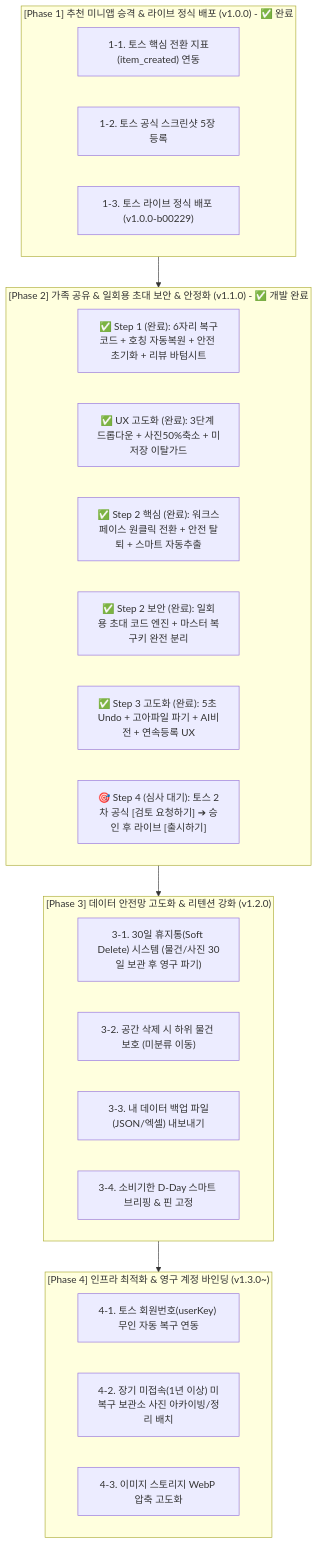
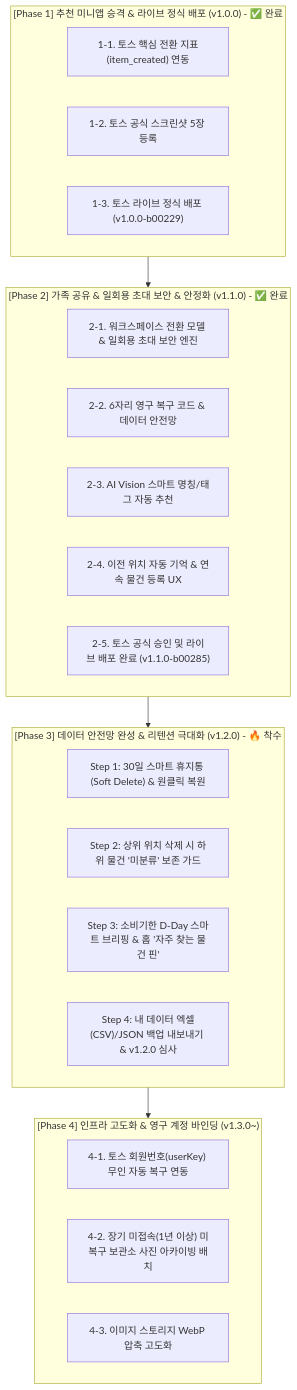
Before and after one commit to tauriqon/where-is-it: the third of 3 diagrams in docs/roadmap_and_summary.md, drawn with Mermaid. The commit also changed other lines of this file, not shown here.

Commit message:
docs: kick off Phase 3 master roadmap for v1.2.0 (v1.1.0-b00285)

````diff
--- a/docs/roadmap_and_summary.md
+++ b/docs/roadmap_and_summary.md
@@ -127,34 +102,33 @@
 ```mermaid
 flowchart TD
     subgraph Phase1["[Phase 1] 추천 미니앱 승격 & 라이브 정식 배포 (v1.0.0) - ✅ 완료"]
         P1_1["1-1. 토스 핵심 전환 지표(item_created) 연동"]
         P1_2["1-2. 토스 공식 스크린샷 5장 등록"]
         P1_3["1-3. 토스 라이브 정식 배포 (v1.0.0-b00229)"]
     end
 
-    subgraph Phase2["[Phase 2] 가족 공유 & 일회용 초대 보안 & 안정화 (v1.1.0) - ✅ 개발 완료"]
-        P2_Step1["✅ Step 1 (완료): 6자리 복구코드 + 호칭 자동복원 + 안전 초기화 + 리뷰 바텀시트"]
-        P2_StepUX["✅ UX 고도화 (완료): 3단계 드롭다운 + 사진50%축소 + 미저장 이탈가드"]
-        P2_Step2["✅ Step 2 핵심 (완료): 워크스페이스 원클릭 전환 + 안전 탈퇴 + 스마트 자동추출"]
-        P2_StepSec["✅ Step 2 보안 (완료): 일회용 초대 코드 엔진 + 마스터 복구키 완전 분리"]
-        P2_Step3["✅ Step 3 고도화 (완료): 5초 Undo + 고아파일 파기 + AI비전 + 연속등록 UX"]
-        P2_Step4["🎯 Step 4 (심사 대기): 토스 2차 공식 [검토 요청하기] ➔ 승인 후 라이브 [출시하기]"]
+    subgraph Phase2["[Phase 2] 가족 공유 & 일회용 초대 보안 & 안정화 (v1.1.0) - ✅ 완료"]
+        P2_1["2-1. 워크스페이스 전환 모델 & 일회용 초대 보안 엔진"]
+        P2_2["2-2. 6자리 영구 복구 코드 & 데이터 안전망"]
+        P2_3["2-3. AI Vision 스마트 명칭/태그 자동 추천"]
+        P2_4["2-4. 이전 위치 자동 기억 & 연속 물건 등록 UX"]
+        P2_5["2-5. 토스 공식 승인 및 라이브 배포 완료 (v1.1.0-b00285)"]
     end
 
-    subgraph Phase3["[Phase 3] 데이터 안전망 고도화 & 리텐션 강화 (v1.2.0)"]
-        P3_1["3-1. 30일 휴지통(Soft Delete) 시스템 (물건/사진 30일 보관 후 영구 파기)"]
-        P3_2["3-2. 공간 삭제 시 하위 물건 보호 (미분류 이동)"]
-        P3_3["3-3. 내 데이터 백업 파일(JSON/엑셀) 내보내기"]
-        P3_4["3-4. 소비기한 D-Day 스마트 브리핑 & 핀 고정"]
+    subgraph Phase3["[Phase 3] 데이터 안전망 완성 & 리텐션 극대화 (v1.2.0) - 🔥 착수"]
+        P3_Step1["Step 1: 30일 스마트 휴지통 (Soft Delete) & 원클릭 복원"]
+        P3_Step2["Step 2: 상위 위치 삭제 시 하위 물건 '미분류' 보존 가드"]
+        P3_Step3["Step 3: 소비기한 D-Day 스마트 브리핑 & 홈 '자주 찾는 물건 핀'"]
+        P3_Step4["Step 4: 내 데이터 엑셀(CSV)/JSON 백업 내보내기 & v1.2.0 심사"]
     end
 
-    subgraph Phase4["[Phase 4] 인프라 최적화 & 영구 계정 바인딩 (v1.3.0~)"]
+    subgraph Phase4["[Phase 4] 인프라 고도화 & 영구 계정 바인딩 (v1.3.0~)"]
         P4_1["4-1. 토스 회원번호(userKey) 무인 자동 복구 연동"]
-        P4_2["4-2. 장기 미접속(1년 이상) 미복구 보관소 사진 아카이빙/정리 배치"]
+        P4_2["4-2. 장기 미접속(1년 이상) 미복구 보관소 사진 아카이빙 배치"]
         P4_3["4-3. 이미지 스토리지 WebP 압축 고도화"]
     end
 
     Phase1 --> Phase2
     Phase2 --> Phase3
     Phase3 --> Phase4
 ```
````
